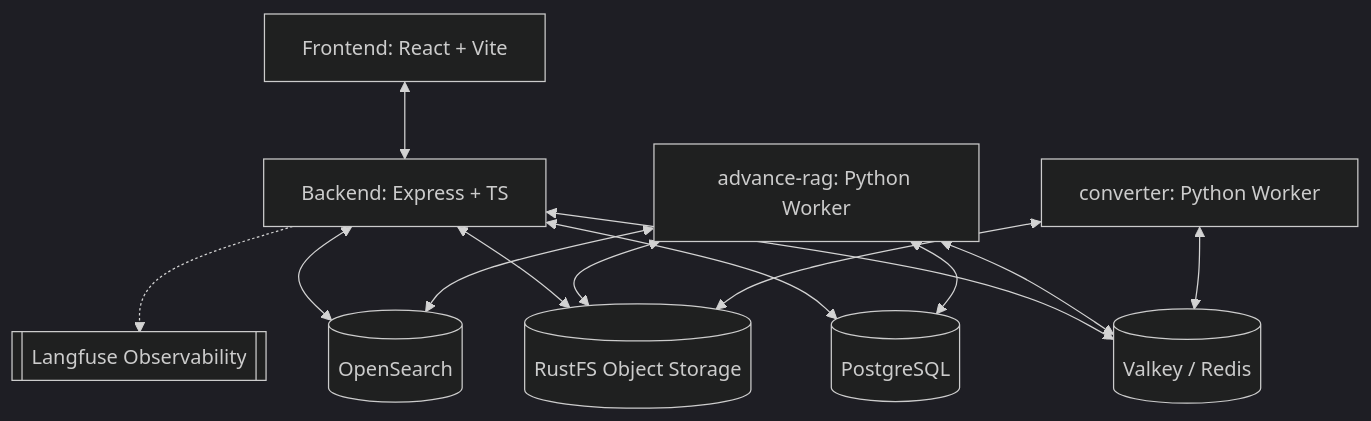
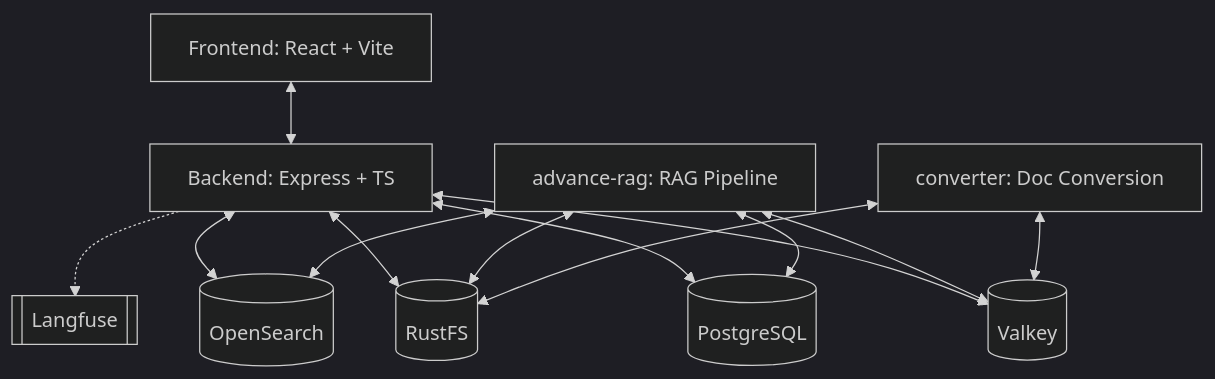
One commit to b-knowledge-solution/b-knowledge changed the diagram in README.md. Above: the diagram before and after it, drawn with Mermaid (dark theme). The commit also changed other lines of this file, not shown here.

````diff
--- a/README.md
+++ b/README.md
@@ -24,25 +28,25 @@
 ```mermaid
 graph TD
     Client[Frontend: React + Vite]
     BE[Backend: Express + TS]
-    Worker[advance-rag: Python Worker]
-    Converter[converter: Python Worker]
+    Worker[advance-rag: RAG Pipeline]
+    Converter[converter: Doc Conversion]
     DB[(PostgreSQL)]
-    Valkey[(Valkey / Redis)]
-    RustFS[(RustFS Object Storage)]
+    Valkey[(Valkey)]
+    RustFS[(RustFS)]
     OpenSearch[(OpenSearch)]
-    Langfuse[[Langfuse Observability]]
+    Langfuse[[Langfuse]]
 
     Client <--> BE
     BE <--> DB
     BE <--> Valkey
     BE <--> RustFS
     BE <--> OpenSearch
     BE -.-> Langfuse
     Worker <--> DB
     Worker <--> Valkey
     Worker <--> RustFS
     Worker <--> OpenSearch
     Converter <--> Valkey
     Converter <--> RustFS
 ```
````
